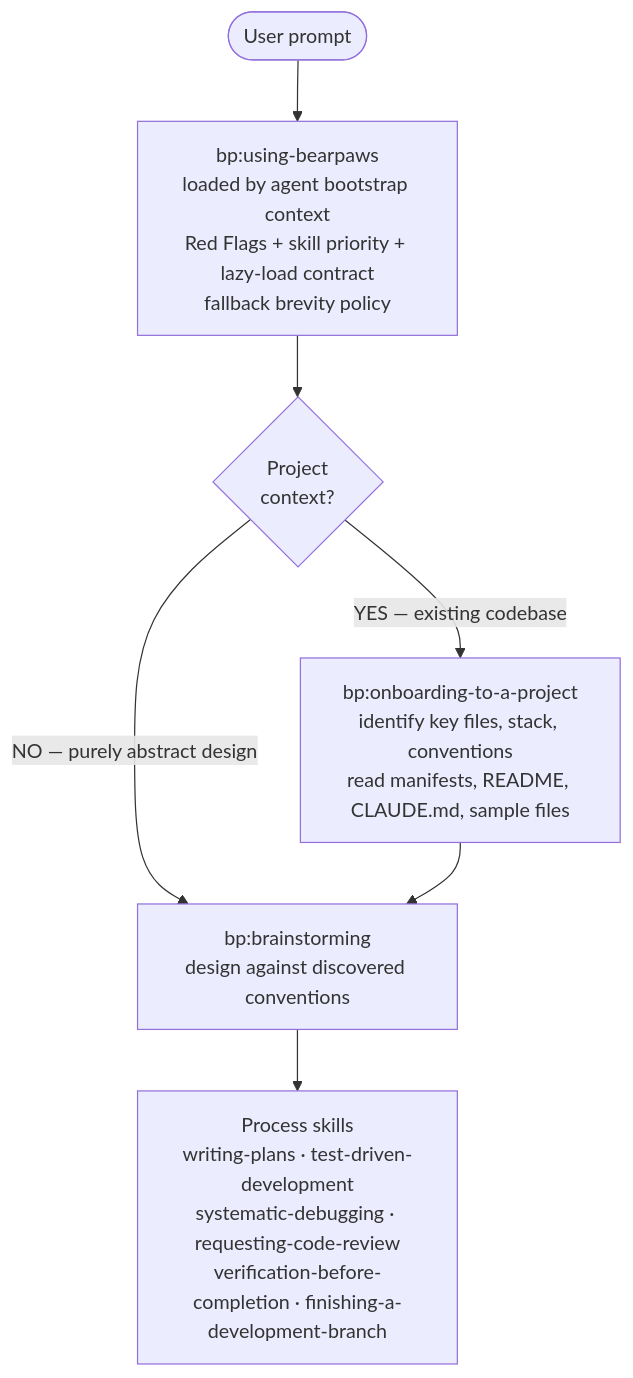
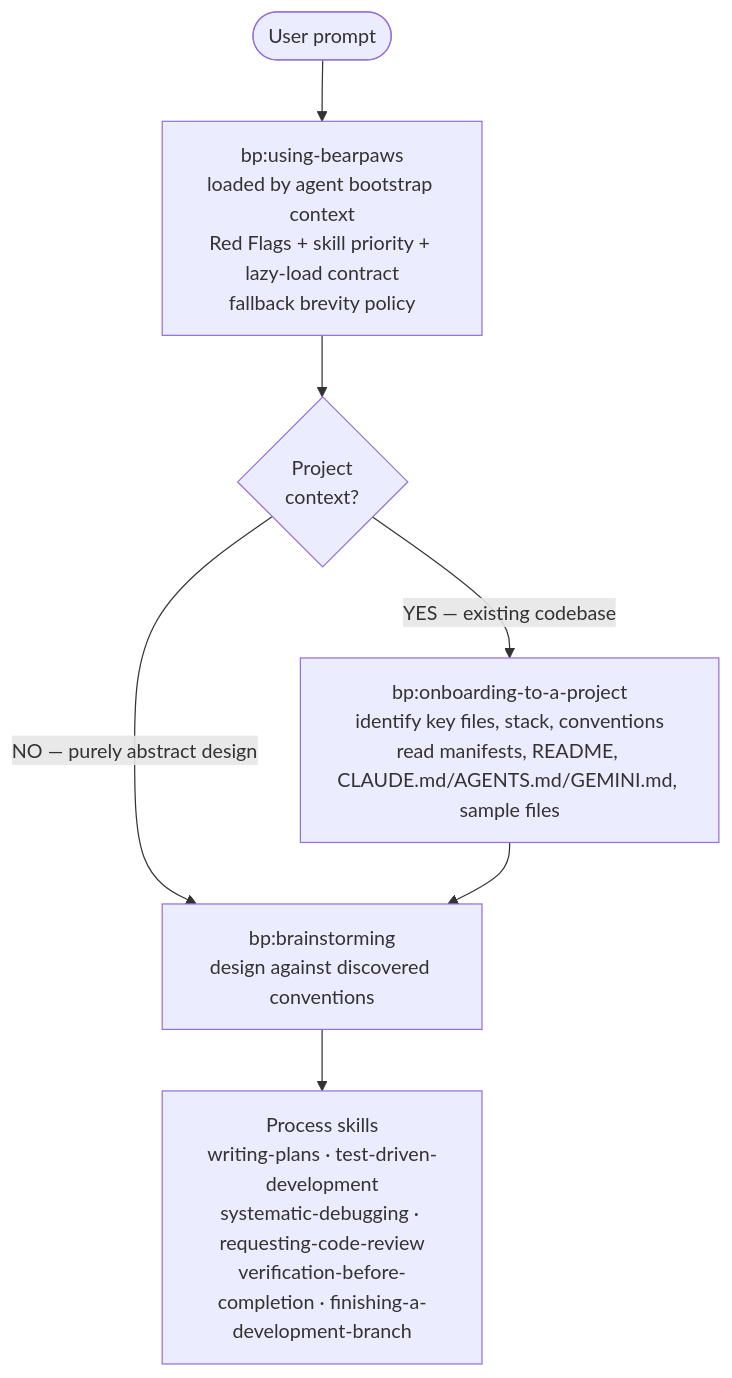
Before and after one commit to brandonfla/bearpaws: the diagram in README.md, drawn with Mermaid. The commit also changed other lines of this file, not shown here.

Commit message:
Update README to include GEMINI.md in onboarding

````diff
--- a/README.md
+++ b/README.md
@@ -11,9 +11,9 @@
 ```mermaid
 flowchart TD
     Start([User prompt]) --> Bootstrap[bp:using-bearpaws<br/>loaded by agent bootstrap context<br/>Red Flags + skill priority + lazy-load contract<br/>fallback brevity policy]
     Bootstrap --> Check{Project<br/>context?}
-    Check -->|YES &mdash; existing codebase| Onboard[bp:onboarding-to-a-project<br/>identify key files, stack, conventions<br/>read manifests, README, CLAUDE.md, sample files]
+    Check -->|YES &mdash; existing codebase| Onboard[bp:onboarding-to-a-project<br/>identify key files, stack, conventions<br/>read manifests, README, CLAUDE.md/AGENTS.md/GEMINI.md, sample files]
     Check -->|NO &mdash; purely abstract design| Brainstorm
     Onboard --> Brainstorm[bp:brainstorming<br/>design against discovered conventions]
     Brainstorm --> Process[Process skills<br/>writing-plans &middot; test-driven-development<br/>systematic-debugging &middot; requesting-code-review<br/>verification-before-completion &middot; finishing-a-development-branch]
 ```
````
